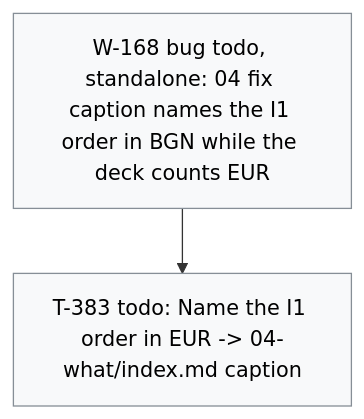
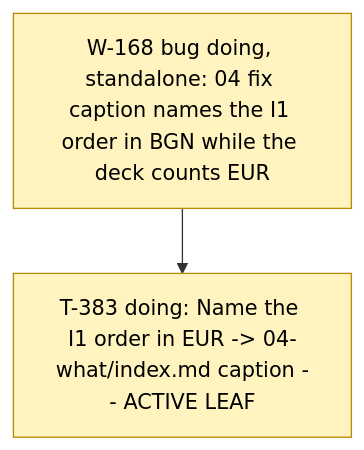
Before and after one commit to dpopchev/chaos-to-simple: the diagram in .board/BOARD.md, drawn with Mermaid. The commit also changed other lines of this file and 2 other files, not shown here.

Commit message:
chore(board): activate W-168, start T-383
Refs: W-168 T-383

````diff
--- a/.board/BOARD.md
+++ b/.board/BOARD.md
@@ -987,11 +987,11 @@
 ```mermaid
 flowchart TD
-  W168["W-168 bug todo, standalone: 04 fix caption names the I1 order in BGN while the deck counts EUR"]
-  W168 --> T383["T-383 todo: Name the I1 order in EUR -> 04-what/index.md caption"]
+  W168["W-168 bug doing, standalone: 04 fix caption names the I1 order in BGN while the deck counts EUR"]
+  W168 --> T383["T-383 doing: Name the I1 order in EUR -> 04-what/index.md caption -- ACTIVE LEAF"]
   classDef doing fill:#fff3bf,stroke:#b58900,color:#000;
   classDef blocked fill:#ffe3e3,stroke:#c92a2a,color:#000;
   classDef done fill:#e6ffed,stroke:#2b8a3e,color:#000;
   classDef todo fill:#f8f9fa,stroke:#868e96,color:#000;
   classDef pruned fill:#f1f3f5,stroke:#adb5bd,color:#000;
-  class W168,T383 todo
+  class W168,T383 doing
 ```
````
